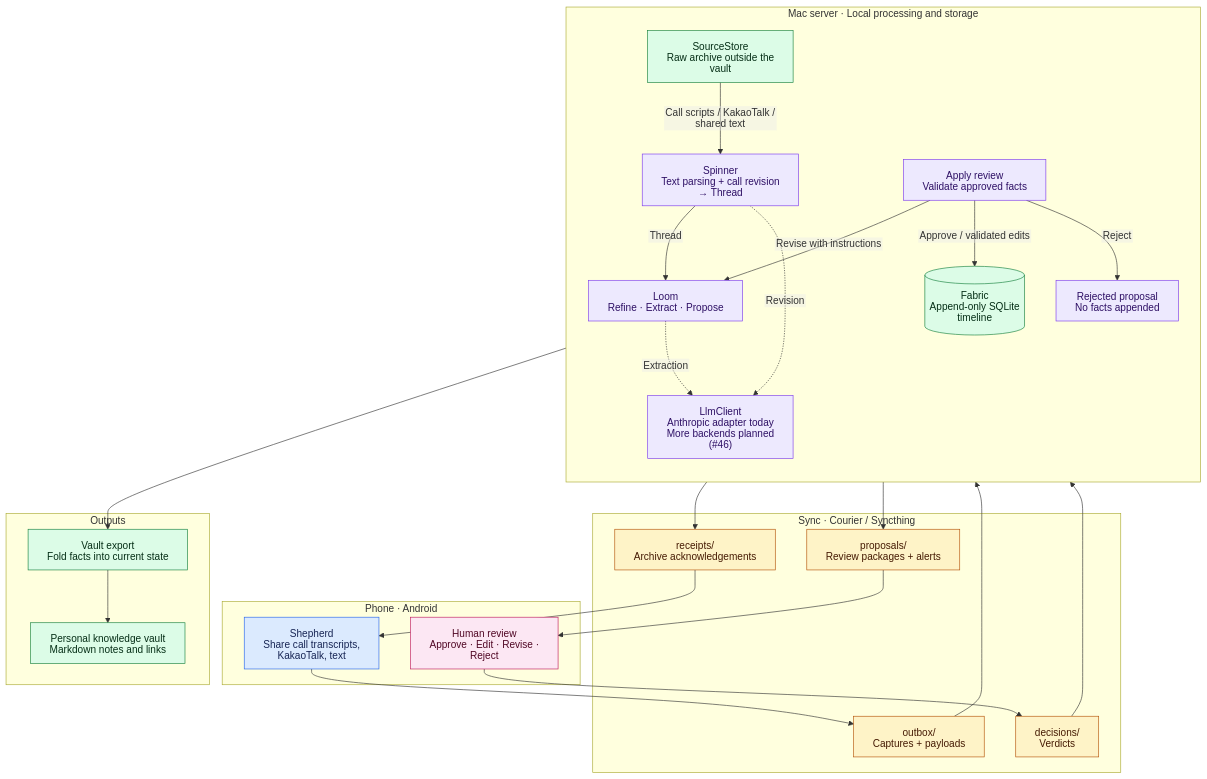
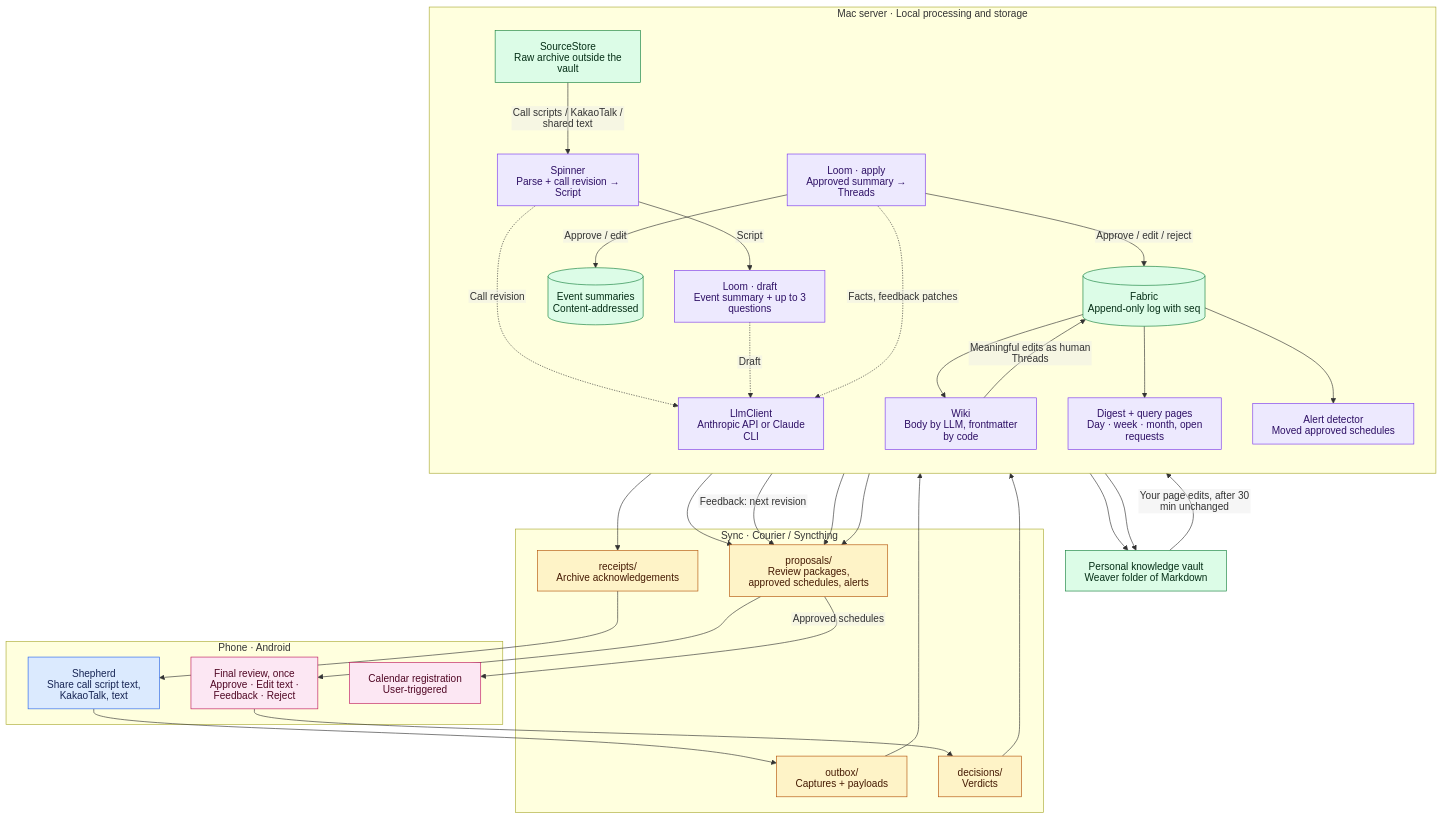
Before and after one commit to JunHCha/weaver: the diagram in README.md, drawn with Mermaid. The commit also changed other lines of this file and 282 other files, not shown here.

````diff
--- a/README.md
+++ b/README.md
@@ -27,55 +26,63 @@
 ```mermaid
 %%{init: {"htmlLabels": false}}%%
 flowchart TB
   subgraph phone["Phone · Android"]
-    shepherd["Shepherd<br/>Share call transcripts, KakaoTalk, text"]
-    review["Human review<br/>Approve · Edit · Revise · Reject"]
+    shepherd["Shepherd<br/>Share call script text, KakaoTalk, text"]
+    review["Final review, once<br/>Approve · Edit text · Feedback · Reject"]
+    calendar["Calendar registration<br/>User-triggered"]
   end
 
   subgraph sync["Sync · Courier / Syncthing"]
     outbox["outbox/<br/>Captures + payloads"]
     receipts["receipts/<br/>Archive acknowledgements"]
-    proposals["proposals/<br/>Review packages + alerts"]
+    proposals["proposals/<br/>Review packages, approved schedules, alerts"]
     decisions["decisions/<br/>Verdicts"]
   end
 
   subgraph mac["Mac server · Local processing and storage"]
     direction TB
     archive["SourceStore<br/>Raw archive outside the vault"]
-    spinner["Spinner<br/>Text parsing + call revision → Thread"]
-    loom["Loom<br/>Refine · Extract · Propose"]
-    apply["Apply review<br/>Validate approved facts"]
-    rejected["Rejected proposal<br/>No facts appended"]
-    llm["LlmClient<br/>Anthropic adapter today<br/>More backends planned (#46)"]
-    fabric[("Fabric<br/>Append-only SQLite timeline")]
+    spinner["Spinner<br/>Parse + call revision → Script"]
+    draft["Loom · draft<br/>Event summary + up to 3 questions"]
+    apply["Loom · apply<br/>Approved summary → Threads"]
+    summaries[("Event summaries<br/>Content-addressed")]
+    llm["LlmClient<br/>Anthropic API or Claude CLI"]
+    fabric[("Fabric<br/>Append-only log with seq")]
+    alerts["Alert detector<br/>Moved approved schedules"]
+    wiki["Wiki<br/>Body by LLM, frontmatter by code"]
+    digest["Digest + query pages<br/>Day · week · month, open requests"]
   end
 
-  subgraph outputs["Outputs"]
-    export["Vault export<br/>Fold facts into current state"]
-    vault["Personal knowledge vault<br/>Markdown notes and links"]
-  end
+  vault["Personal knowledge vault<br/>Weaver folder of Markdown"]
 
   shepherd --> outbox --> archive
   archive --> receipts --> shepherd
   archive -- "Call scripts / KakaoTalk / shared text" --> spinner
-  spinner -- "Thread" --> loom
-  spinner -. "Revision" .-> llm
-  loom -. "Extraction" .-> llm
-  loom --> proposals --> review
+  spinner -- "Script" --> draft
+  spinner -. "Call revision" .-> llm
+  draft -. "Draft" .-> llm
+  apply -. "Facts, feedback patches" .-> llm
+  draft --> proposals --> review
   review --> decisions --> apply
-  apply -- "Revise with instructions" --> loom
-  apply -- "Approve / validated edits" --> fabric
-  apply -- "Reject" --> rejected
-  fabric --> export --> vault
+  apply -- "Feedback: next revision" --> proposals
+  apply -- "Approve / edit" --> summaries
+  apply -- "Approve / edit / reject" --> fabric
+  fabric --> wiki --> vault
+  fabric --> digest --> vault
+  vault -- "Your page edits, after 30 min unchanged" --> wiki
+  wiki -- "Meaningful edits as human Threads" --> fabric
+  fabric --> proposals
+  fabric --> alerts --> proposals
+  proposals -- "Approved schedules" --> calendar
 
   classDef capture fill:#dbeafe,stroke:#2563eb,color:#172554
   classDef transport fill:#fef3c7,stroke:#b45309,color:#451a03
   classDef process fill:#ede9fe,stroke:#7c3aed,color:#2e1065
   classDef human fill:#fce7f3,stroke:#be185d,color:#500724
   classDef stored fill:#dcfce7,stroke:#15803d,color:#052e16
   class shepherd capture
   class outbox,receipts,proposals,decisions transport
-  class spinner,loom,apply,llm,rejected process
-  class review human
-  class archive,fabric,export,vault stored
+  class spinner,draft,apply,llm,alerts,wiki,digest process
+  class review,calendar human
+  class archive,summaries,fabric,vault stored
 ```
````
